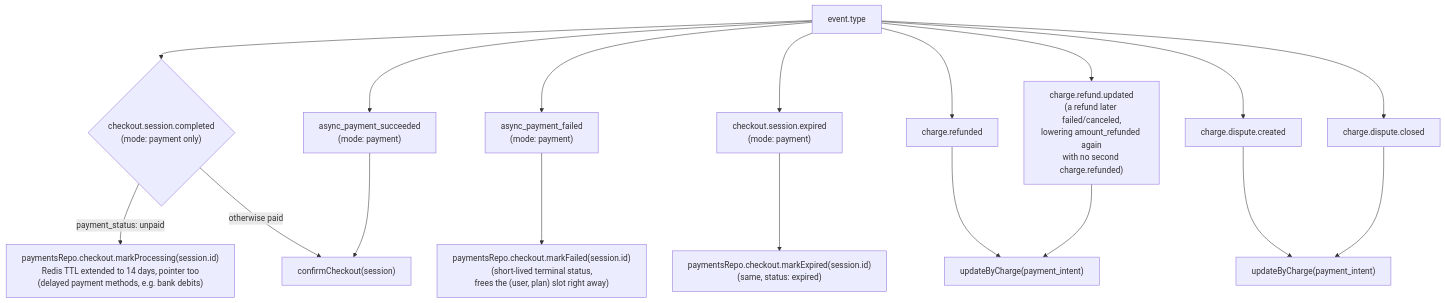
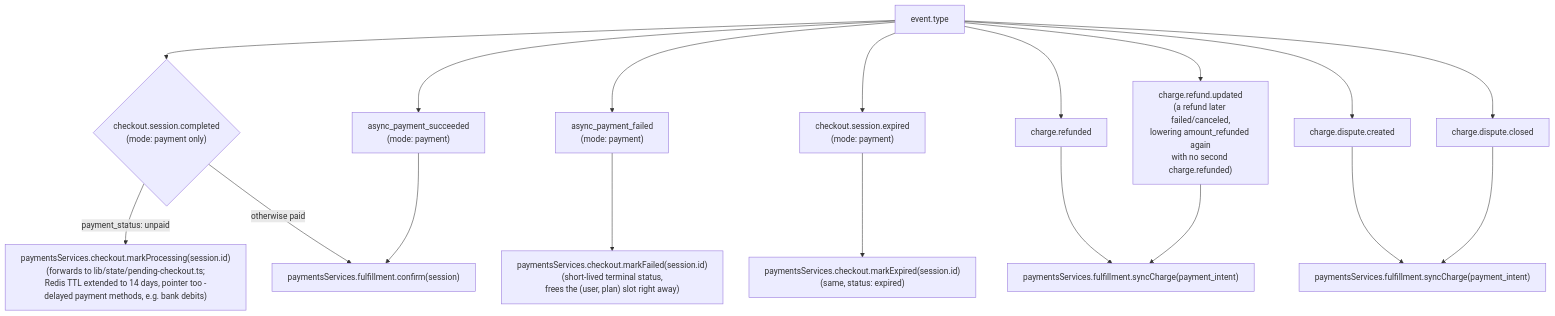
Before and after one commit to FranciscoAVD/backend: the fourth of 9 diagrams in src/features/payments/CONTROL_FLOW.md, drawn with Mermaid. The commit also changed other lines of this file and 39 other files, not shown here.

First line of the commit message:
payments: split paymentsRepo into DB-only repo + paymentsServices for flows

````diff
--- a/src/features/payments/CONTROL_FLOW.md
+++ b/src/features/payments/CONTROL_FLOW.md
@@ -238,15 +249,15 @@
 ```mermaid
 flowchart TD
     E["event.type"] --> CSC{"checkout.session.completed\n(mode: payment only)"}
-    CSC -- payment_status: unpaid --> MarkProcessing["paymentsRepo.checkout.markProcessing(session.id)\nRedis TTL extended to 14 days, pointer too\n(delayed payment methods, e.g. bank debits)"]
-    CSC -- otherwise paid --> Confirm["confirmCheckout(session)"]
+    CSC -- payment_status: unpaid --> MarkProcessing["paymentsServices.checkout.markProcessing(session.id)\n(forwards to lib/state/pending-checkout.ts;\nRedis TTL extended to 14 days, pointer too -\ndelayed payment methods, e.g. bank debits)"]
+    CSC -- otherwise paid --> Confirm["paymentsServices.fulfillment.confirm(session)"]
 
     E --> APS["async_payment_succeeded\n(mode: payment)"] --> Confirm
-    E --> APF["async_payment_failed\n(mode: payment)"] --> MarkFailed["paymentsRepo.checkout.markFailed(session.id)\n(short-lived terminal status,\nfrees the (user, plan) slot right away)"]
-    E --> Exp["checkout.session.expired\n(mode: payment)"] --> MarkExpired["paymentsRepo.checkout.markExpired(session.id)\n(same, status: expired)"]
+    E --> APF["async_payment_failed\n(mode: payment)"] --> MarkFailed["paymentsServices.checkout.markFailed(session.id)\n(short-lived terminal status,\nfrees the (user, plan) slot right away)"]
+    E --> Exp["checkout.session.expired\n(mode: payment)"] --> MarkExpired["paymentsServices.checkout.markExpired(session.id)\n(same, status: expired)"]
 
-    E --> Ref["charge.refunded"] --> UpdByCharge1["updateByCharge(payment_intent)"]
-    E --> RefU["charge.refund.updated\n(a refund later failed/canceled,\nlowering amount_refunded again\nwith no second charge.refunded)"] --> UpdByCharge1
-    E --> DispC["charge.dispute.created"] --> UpdByCharge2["updateByCharge(payment_intent)"]
-    E --> DispX["charge.dispute.closed"] --> UpdByCharge2
+    E --> Ref["charge.refunded"] --> SyncCharge1["paymentsServices.fulfillment.syncCharge(payment_intent)"]
+    E --> RefU["charge.refund.updated\n(a refund later failed/canceled,\nlowering amount_refunded again\nwith no second charge.refunded)"] --> SyncCharge1
+    E --> DispC["charge.dispute.created"] --> SyncCharge2["paymentsServices.fulfillment.syncCharge(payment_intent)"]
+    E --> DispX["charge.dispute.closed"] --> SyncCharge2
 ```
````
